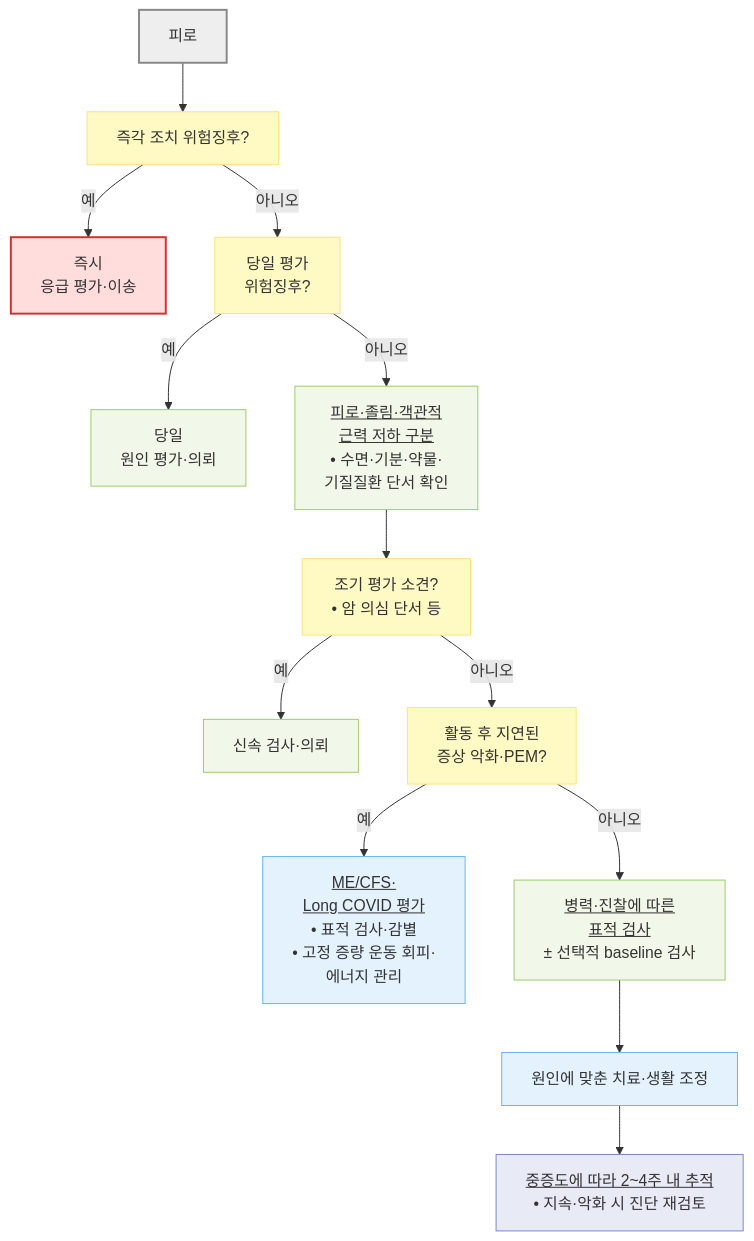
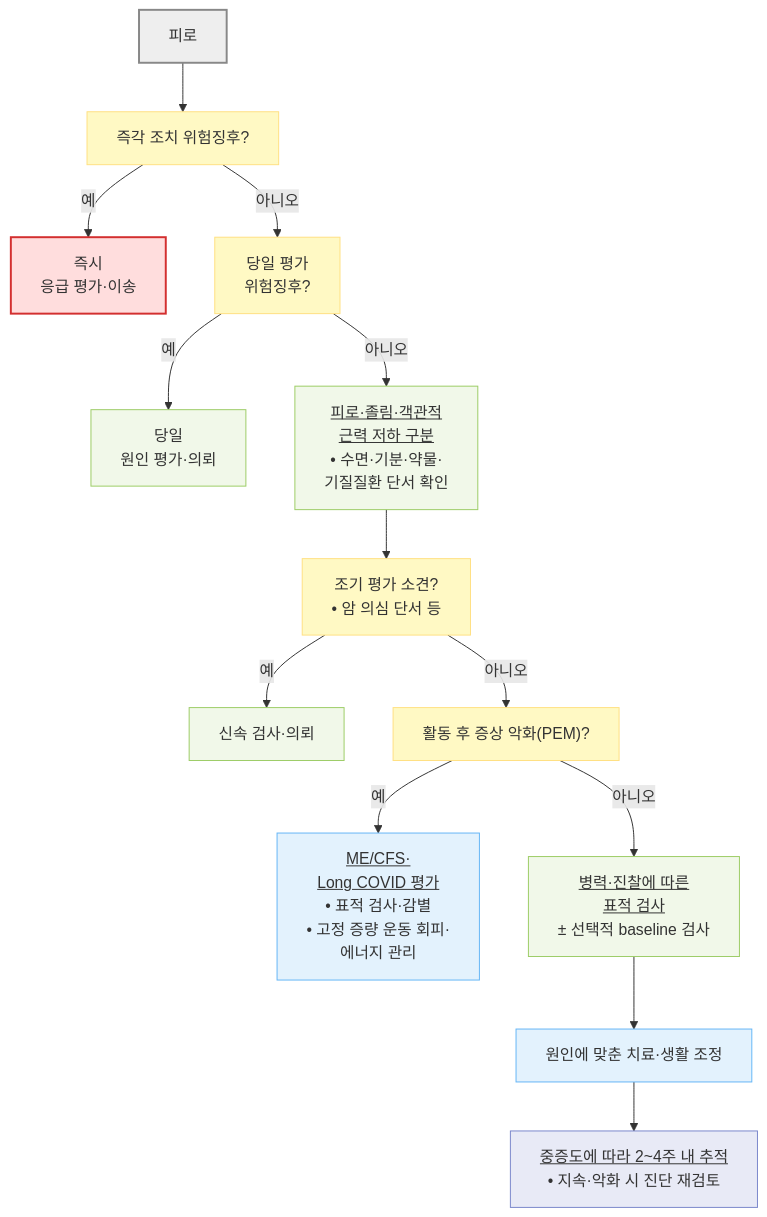
Before and after one commit to familyoh77/familyoh77: the diagram in 220_/014_-fatigue.md, drawn with Mermaid. The commit also changed other lines of this file, not shown here.

````diff
--- a/220_/014_-fatigue.md
+++ b/220_/014_-fatigue.md
@@ -284,27 +285,27 @@
 ```mermaid
 flowchart TD
     A["피로"] --> B["즉각 조치 위험징후?"]
     B -- "예" --> C["즉시 <br/>응급 평가·이송"]
     B -- "아니오" --> D["당일 평가 <br/>위험징후?"]
     D -- "예" --> E["당일 <br/>원인 평가·의뢰"]
     D -- "아니오" --> F["<u>피로·졸림·객관적 <br/>근력 저하 구분</u><br/>• 수면·기분·약물·<br/>기질질환 단서 확인"]
     F --> L["조기 평가 소견?<br/>• 암 의심 단서 등"]
     L -- "예" --> M["신속 검사·의뢰"]
-    L -- "아니오" --> G["활동 후 지연된 <br/>증상 악화·PEM?"]
+    L -- "아니오" --> G["활동 후 증상 악화(PEM)?"]
     G -- "예" --> H["<u>ME/CFS·<br/>Long COVID 평가</u><br/>• 표적 검사·감별<br/>• 고정 증량 운동 회피·<br/>에너지 관리"]
     G -- "아니오" --> J["<u>병력·진찰에 따른 <br/>표적 검사</u><br/>± 선택적 baseline 검사"]
     J --> I["원인에 맞춘 치료·생활 조정"]
     I --> K["<u>중증도에 따라 2~4주 내 추적</u><br/>• 지속·악화 시 진단 재검토"]
     classDef start fill:#eeeeee,stroke:#888888,stroke-width:2px
     classDef question fill:#fff9c4,stroke:#ffe082
     classDef emergency fill:#ffdddd,stroke:#d32f2f,stroke-width:2px
     classDef evaluation fill:#f1f8e9,stroke:#9ccc65
     classDef treatment fill:#e3f2fd,stroke:#64b5f6
     classDef followup fill:#e8eaf6,stroke:#7986cb
     class A start
     class B,D,G,L question
     class C emergency
     class E,F,J,M evaluation
     class H,I treatment
     class K followup
 ```
````
